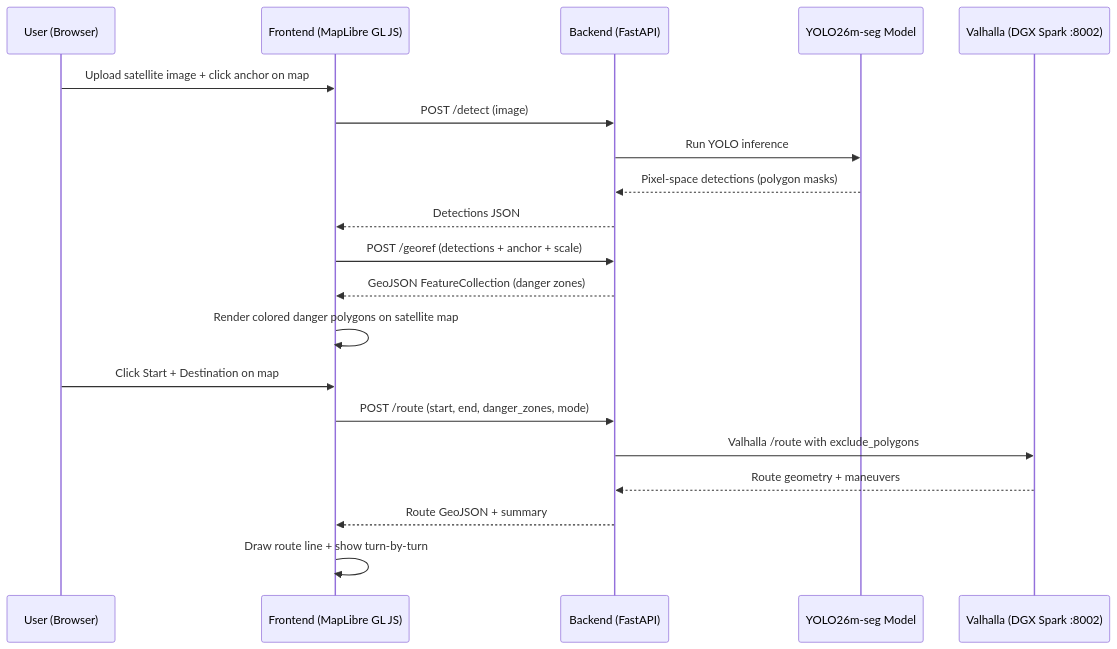
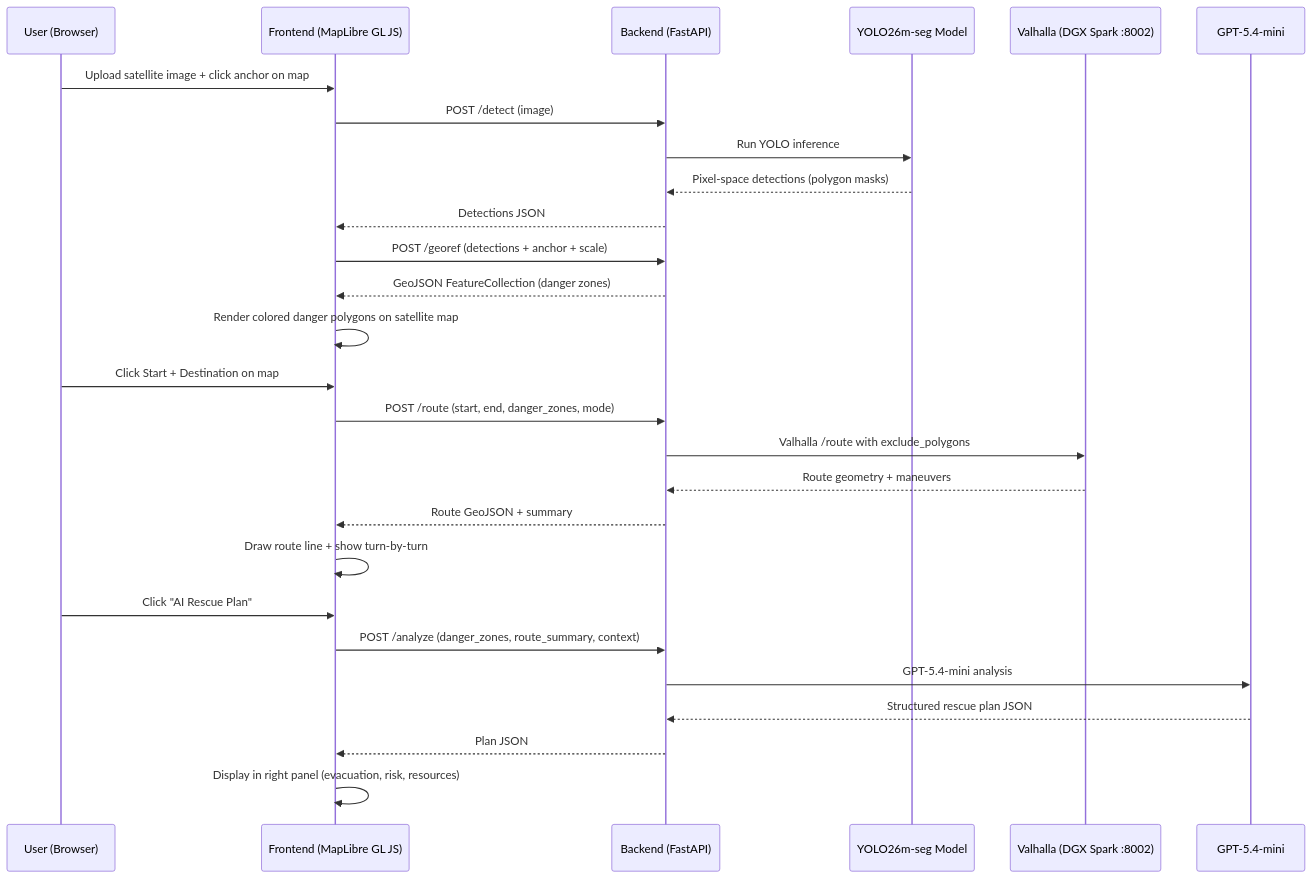
Before and after one commit to GraphoLogiCode/PathFinder: the second of 2 diagrams in docs/implementation_plan_v3.md, drawn with Mermaid. The commit also changed other lines of this file and 37 other files, not shown here.

Commit message:
feat: scaffold PathFinder frontend (Next.js, MapLibre, Sidebar, DangerLayer, RouteLayer) + AI training scripts

````diff
--- a/docs/implementation_plan_v3.md
+++ b/docs/implementation_plan_v3.md
@@ -295,25 +350,33 @@
 ```mermaid
 sequenceDiagram
     participant U as User (Browser)
     participant F as Frontend (MapLibre GL JS)
     participant B as Backend (FastAPI)
     participant AI as YOLO26m-seg Model
     participant V as Valhalla (DGX Spark :8002)
+    participant GPT as GPT-5.4-mini
 
     U->>F: Upload satellite image + click anchor on map
     F->>B: POST /detect (image)
     B->>AI: Run YOLO inference
     AI-->>B: Pixel-space detections (polygon masks)
     B-->>F: Detections JSON
 
     F->>B: POST /georef (detections + anchor + scale)
     B-->>F: GeoJSON FeatureCollection (danger zones)
     F->>F: Render colored danger polygons on satellite map
 
     U->>F: Click Start + Destination on map
     F->>B: POST /route (start, end, danger_zones, mode)
     B->>V: Valhalla /route with exclude_polygons
     V-->>B: Route geometry + maneuvers
     B-->>F: Route GeoJSON + summary
     F->>F: Draw route line + show turn-by-turn
+
+    U->>F: Click "AI Rescue Plan"
+    F->>B: POST /analyze (danger_zones, route_summary, context)
+    B->>GPT: GPT-5.4-mini analysis
+    GPT-->>B: Structured rescue plan JSON
+    B-->>F: Plan JSON
+    F->>F: Display in right panel (evacuation, risk, resources)
 ```
````
